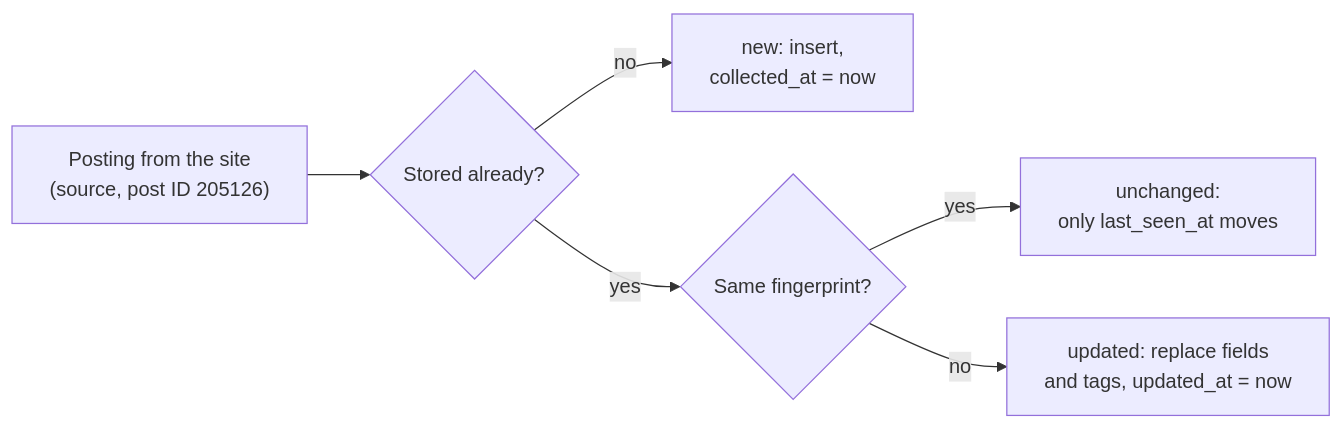
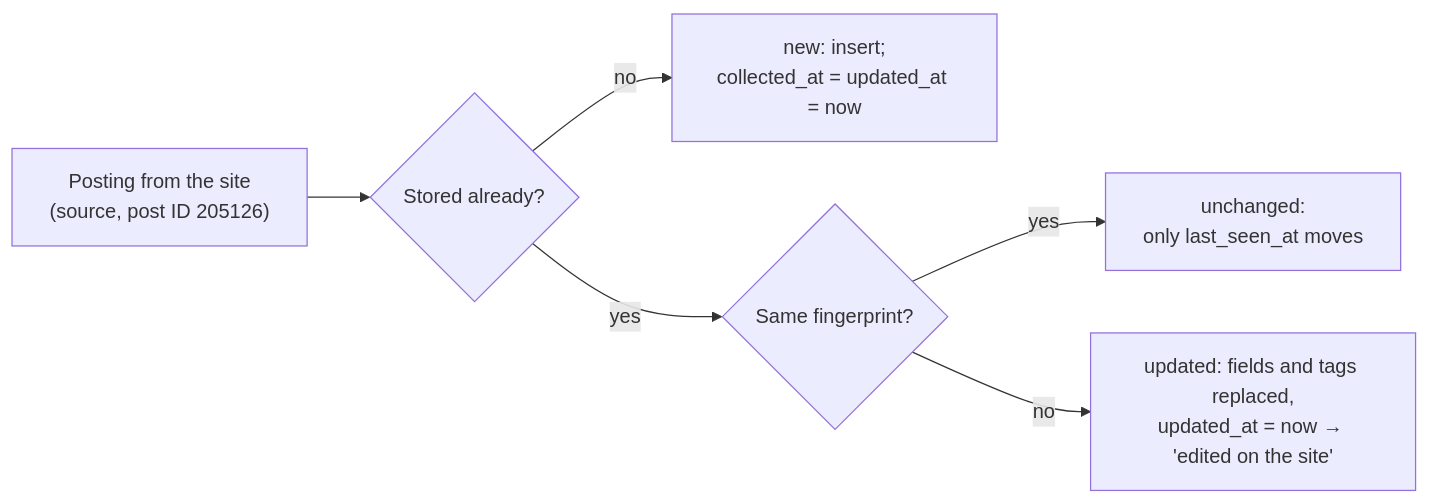
The fourth of 4 diagrams in README.md (ParhamBeik/job-posting-collector), drawn with Mermaid before and after one commit. The commit also changed other lines of this file and 4 other files, not shown here.

````diff
--- a/README.md
+++ b/README.md
@@ -238,8 +335,8 @@
 ```mermaid
 flowchart LR
     IN["Posting from the site<br/>(source, post ID 205126)"] --> Q{"Stored already?"}
-    Q -->|no| NEW["new: insert,<br/>collected_at = now"]
+    Q -->|no| NEW["new: insert;<br/>collected_at = updated_at = now"]
     Q -->|yes| H{"Same fingerprint?"}
     H -->|yes| UN["unchanged:<br/>only last_seen_at moves"]
-    H -->|no| UP["updated: replace fields<br/>and tags, updated_at = now"]
+    H -->|no| UP["updated: fields and tags replaced,<br/>updated_at = now → 'edited on the site'"]
 ```
````
